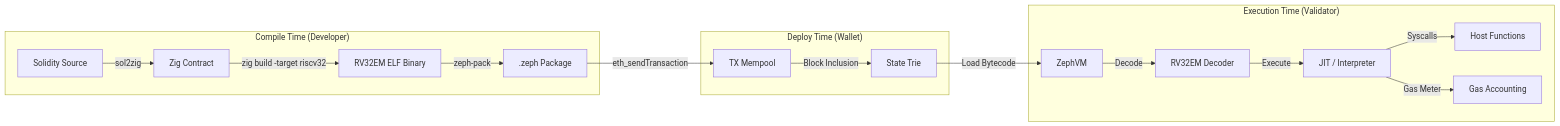
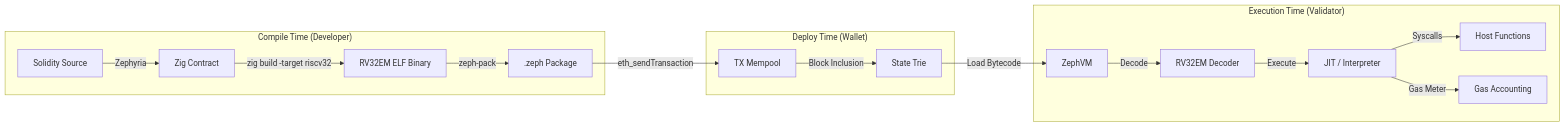
One commit to 0xZephyria/Zeph-Dev changed the first of 4 diagrams in docs/research/zephyria_riscv_execution_engine.md. Above: the diagram before and after it, drawn with Mermaid. The commit also changed other lines of this file and 37 other files, not shown here.

````diff
--- a/docs/research/zephyria_riscv_execution_engine.md
+++ b/docs/research/zephyria_riscv_execution_engine.md
@@ -11,21 +11,21 @@
 ```mermaid
 graph LR
     subgraph "Compile Time (Developer)"
-        A["Solidity Source"] -->|sol2zig| B["Zig Contract"]
+        A["Solidity Source"] -->|Zephyria| B["Zig Contract"]
         B -->|zig build -target riscv32| C["RV32EM ELF Binary"]
         C -->|zeph-pack| D[".zeph Package"]
     end
     
     subgraph "Deploy Time (Wallet)"
         D -->|eth_sendTransaction| E["TX Mempool"]
         E -->|Block Inclusion| F["State Trie"]
     end
 
     subgraph "Execution Time (Validator)"
         F -->|Load Bytecode| G["ZephVM"]
         G -->|Decode| H["RV32EM Decoder"]
         H -->|Execute| I["JIT / Interpreter"]
         I -->|Syscalls| J["Host Functions"]
         I -->|Gas Meter| K["Gas Accounting"]
     end
 ```
````
